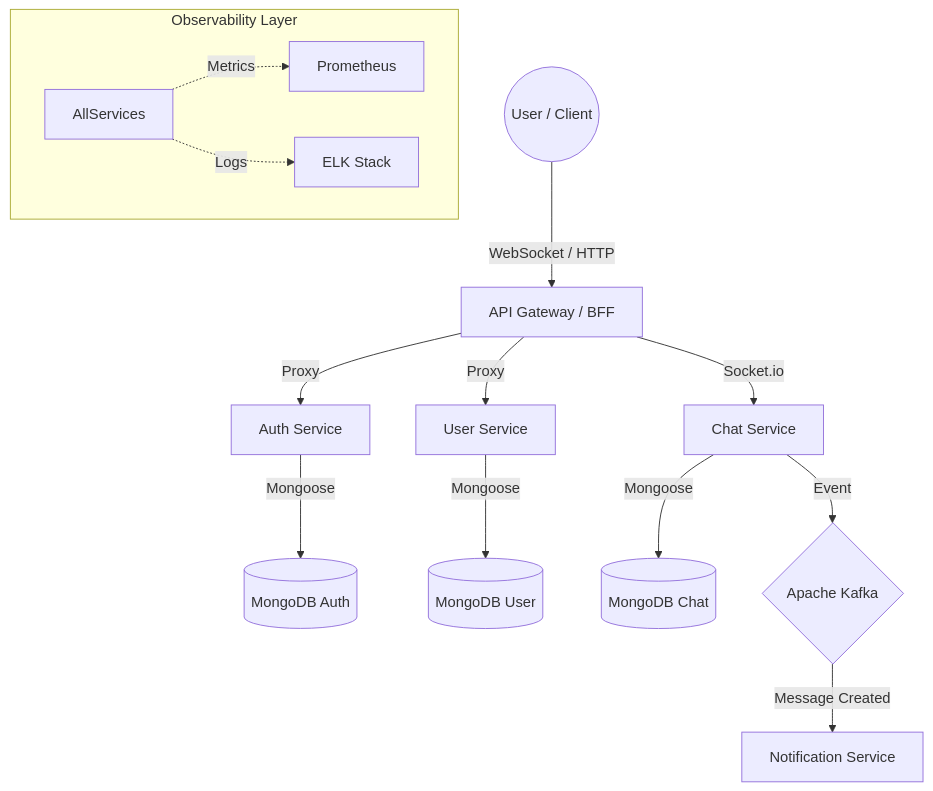
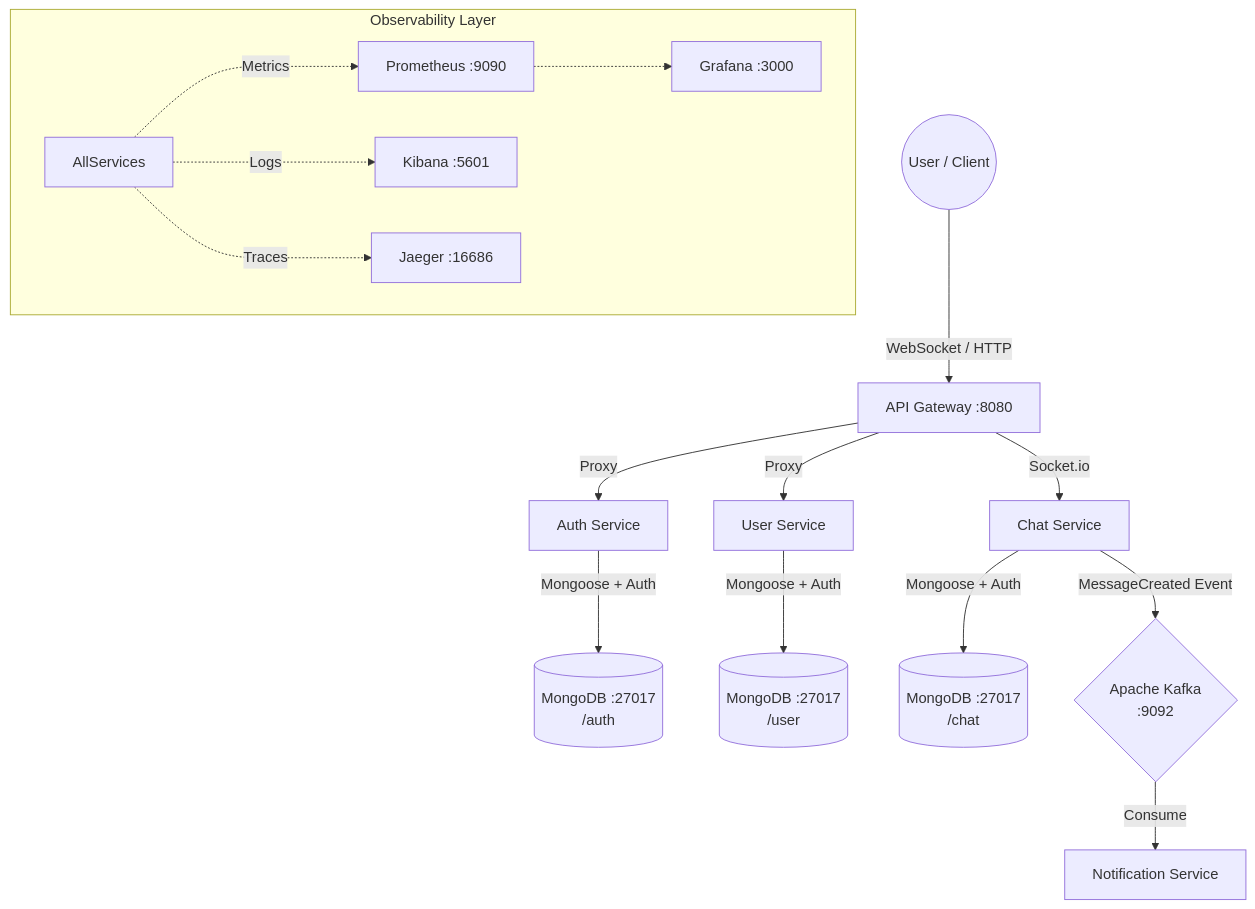
Before and after one commit to VigneshSarathy26/mern-realtime-chat: the diagram in README.md, drawn with Mermaid. The commit also changed other lines of this file and 15 other files, not shown here.

Commit message:
feat: scaffold microservices architecture with base configurations, Docker support, and updated project documentation

````diff
--- a/README.md
+++ b/README.md
@@ -30,19 +36,21 @@
 ```mermaid
 graph TD
-    User((User / Client)) -->|WebSocket / HTTP| Gateway[API Gateway / BFF]
+    User((User / Client)) -->|WebSocket / HTTP| Gateway[API Gateway :8080]
     Gateway -->|Proxy| AuthSvc[Auth Service]
     Gateway -->|Proxy| UserSvc[User Service]
     Gateway -->|Socket.io| ChatSvc[Chat Service]
-    
-    AuthSvc -->|Mongoose| AuthDB[(MongoDB Auth)]
-    UserSvc -->|Mongoose| UserDB[(MongoDB User)]
-    ChatSvc -->|Mongoose| ChatDB[(MongoDB Chat)]
-    
-    ChatSvc -->|Event| Kafka{Apache Kafka}
-    Kafka -->|Message Created| NotificationSvc[Notification Service]
-    
+
+    AuthSvc -->|Mongoose + Auth| AuthDB[(MongoDB :27017\n/auth)]
+    UserSvc -->|Mongoose + Auth| UserDB[(MongoDB :27017\n/user)]
+    ChatSvc -->|Mongoose + Auth| ChatDB[(MongoDB :27017\n/chat)]
+
+    ChatSvc -->|MessageCreated Event| Kafka{Apache Kafka\n:9092}
+    Kafka -->|Consume| NotificationSvc[Notification Service]
+
     subgraph "Observability Layer"
-        AllServices -.->|Metrics| Prometheus[Prometheus]
-        AllServices -.->|Logs| ELK[ELK Stack]
+        AllServices -..->|Metrics| Prometheus[Prometheus :9090]
+        AllServices -..->|Logs| ELK[Kibana :5601]
+        AllServices -..->|Traces| Jaeger[Jaeger :16686]
+        Prometheus -..-> Grafana[Grafana :3000]
     end
 ```
````
